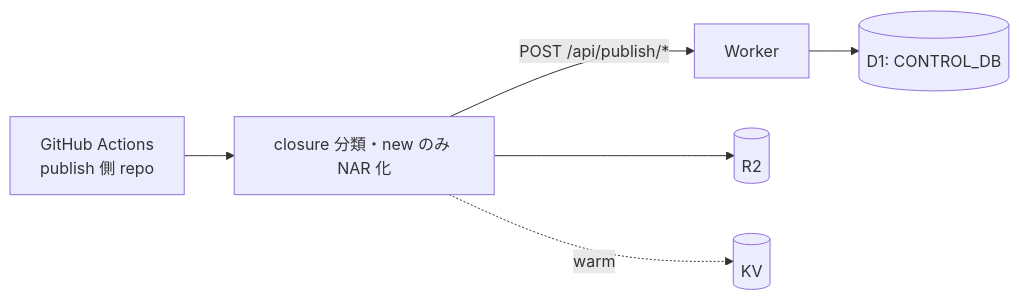
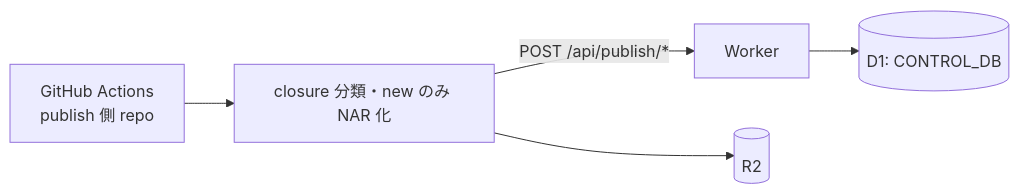
The third of 4 diagrams in README.md (T4ko0522/cf-edgeNix), drawn with Mermaid before and after one commit. The commit also changed other lines of this file and 27 other files, not shown here.

````diff
--- a/README.md
+++ b/README.md
@@ -140,8 +138,7 @@
 ```mermaid
 flowchart LR
     GHA[GitHub Actions<br/>publish 側 repo] --> P[closure 分類・new のみ NAR 化]
     P -->|POST /api/publish/*| W[Worker]
     P --> R2[(R2)]
-    P -. warm .-> KV[(KV)]
     W --> D1[(D1: CONTROL_DB)]
 ```
````
